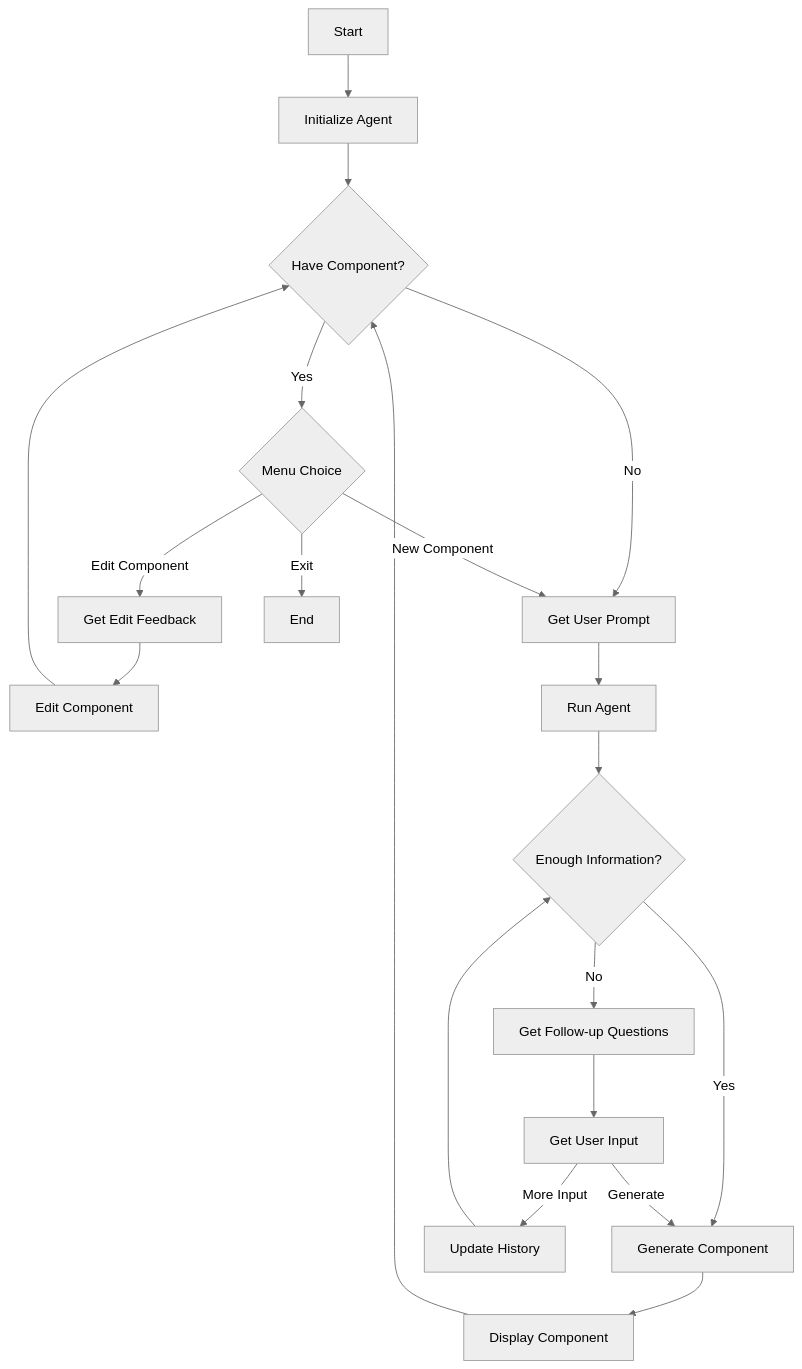
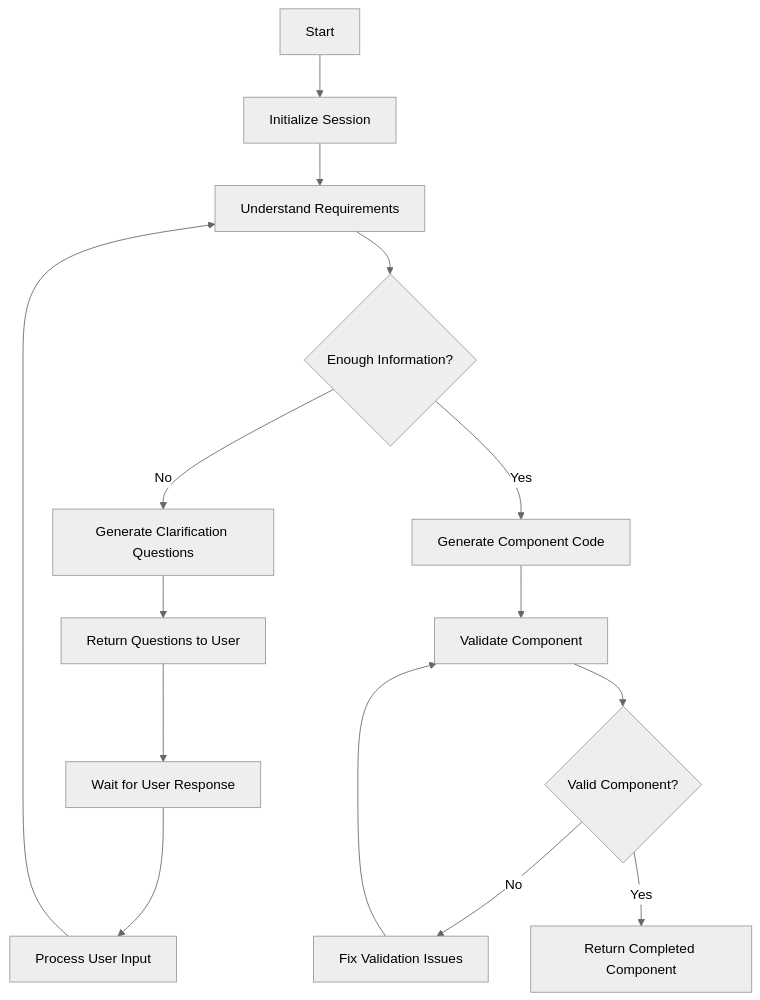
The diagram in README.md (daria425/ui-alchemy), drawn with Mermaid (neutral theme) before and after one commit. The commit also changed other lines of this file, not shown here.

````diff
--- a/README.md
+++ b/README.md
@@ -23,31 +38,21 @@
 ```mermaid
 flowchart TD
-    A[Start] --> B[Initialize Agent]
-    B --> C{Have Component?}
+    A[Start] --> B[Initialize Session]
+    B --> C[Understand Requirements]
+    C --> D{Enough Information?}
 
-    C -- No --> F[Get User Prompt]
-    C -- Yes --> D{Menu Choice}
+    D -- No --> E[Generate Clarification Questions]
+    E --> F[Return Questions to User]
+    F --> G[Wait for User Response]
+    G --> H[Process User Input]
+    H --> C
 
-    D -- "New Component" --> F
-    D -- "Edit Component" --> E[Get Edit Feedback]
-    D -- "Exit" --> Z[End]
+    D -- Yes --> I[Generate Component Code]
+    I --> J[Validate Component]
+    J --> K{Valid Component?}
 
-    E --> EA[Edit Component]
-    EA --> C
+    K -- No --> L[Fix Validation Issues]
+    L --> J
 
-    F --> G[Run Agent]
-
-    G --> H{Enough Information?}
-
-    H -- No --> I[Get Follow-up Questions]
-    H -- Yes --> M[Generate Component]
-
-    I --> J[Get User Input]
-    J -- More Input --> K[Update History]
-    J -- Generate --> M
-
-    K --> H
-
-    M --> P[Display Component]
-    P --> C
+    K -- Yes --> M[Return Completed Component]
 ```
````
